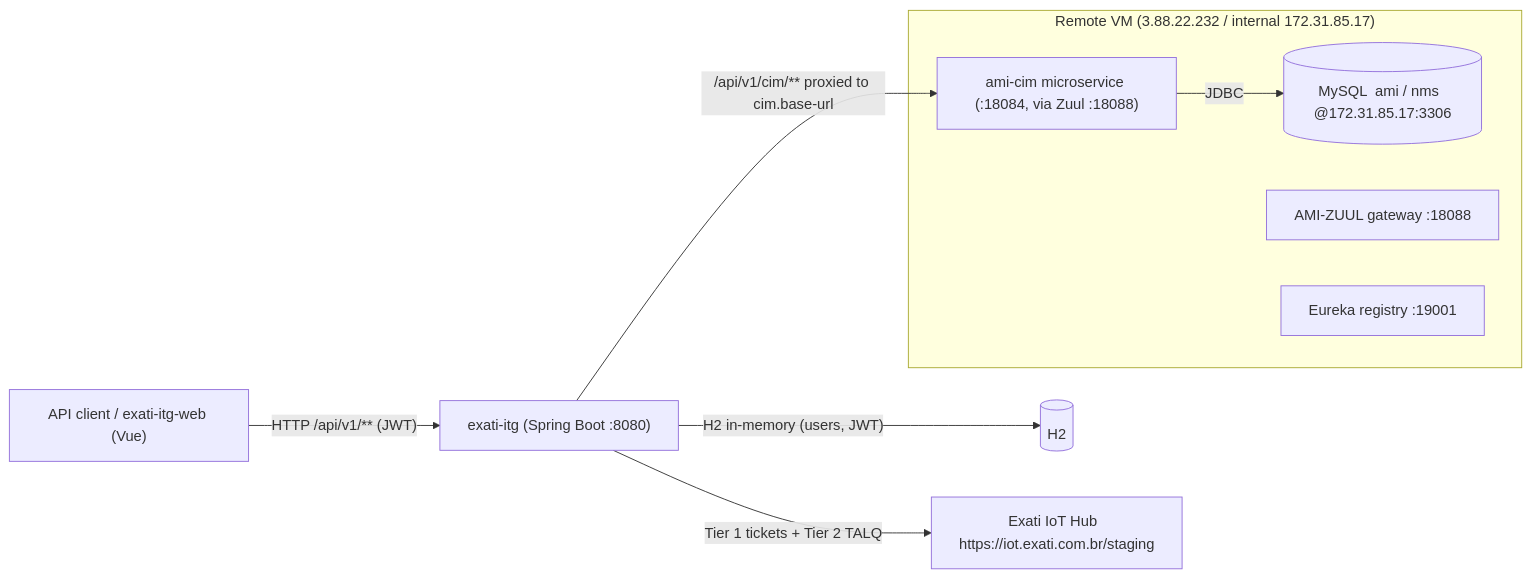
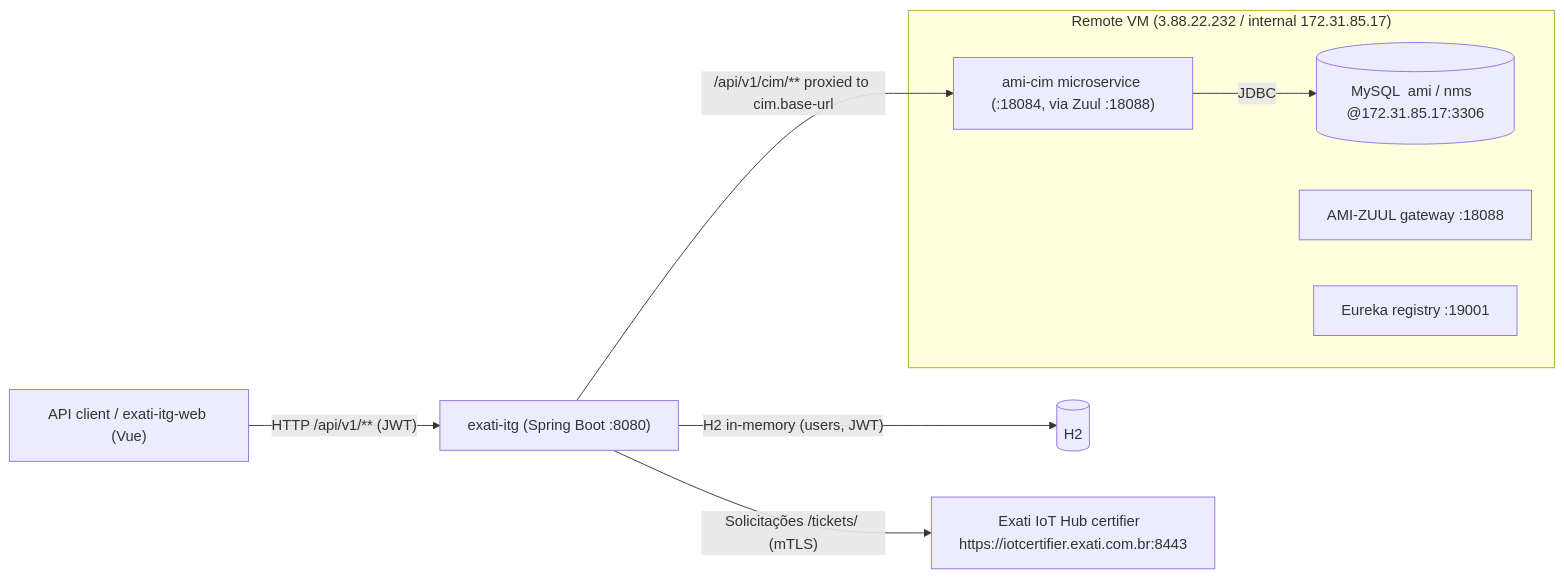
Before and after one commit to nicolasdevnsn/exati-itg: the diagram in docs/INTEGRATION.md, drawn with Mermaid. The commit also changed other lines of this file and 27 other files, not shown here.

````diff
--- a/docs/INTEGRATION.md
+++ b/docs/INTEGRATION.md
@@ -15,18 +15,18 @@
 ```mermaid
 flowchart LR
   client["API client / exati-itg-web (Vue)"] -->|"HTTP /api/v1/**  (JWT)"| itg["exati-itg (Spring Boot :8080)"]
 
   itg -->|"H2 in-memory (users, JWT)"| h2[("H2")]
 
-  itg -->|"Tier 1 tickets + Tier 2 TALQ"| hub["Exati IoT Hub  https://iot.exati.com.br/staging"]
+  itg -->|"Solicitações /tickets/<token> (mTLS)"| hub["Exati IoT Hub certifier  https://iotcertifier.exati.com.br:8443"]
 
   itg -->|"/api/v1/cim/** proxied to cim.base-url"| cim["ami-cim microservice (:18084, via Zuul :18088)"]
   cim -->|"JDBC"| mysql[("MySQL  ami / nms  @172.31.85.17:3306")]
 
   subgraph vm["Remote VM (3.88.22.232 / internal 172.31.85.17)"]
     cim
     mysql
     zuul["AMI-ZUUL gateway :18088"]
     eureka["Eureka registry :19001"]
   end
 ```
````
